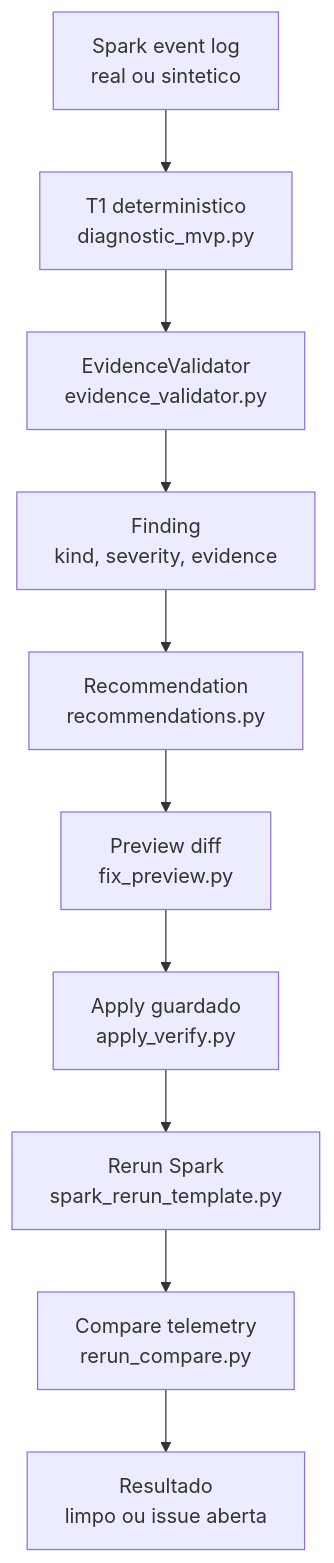
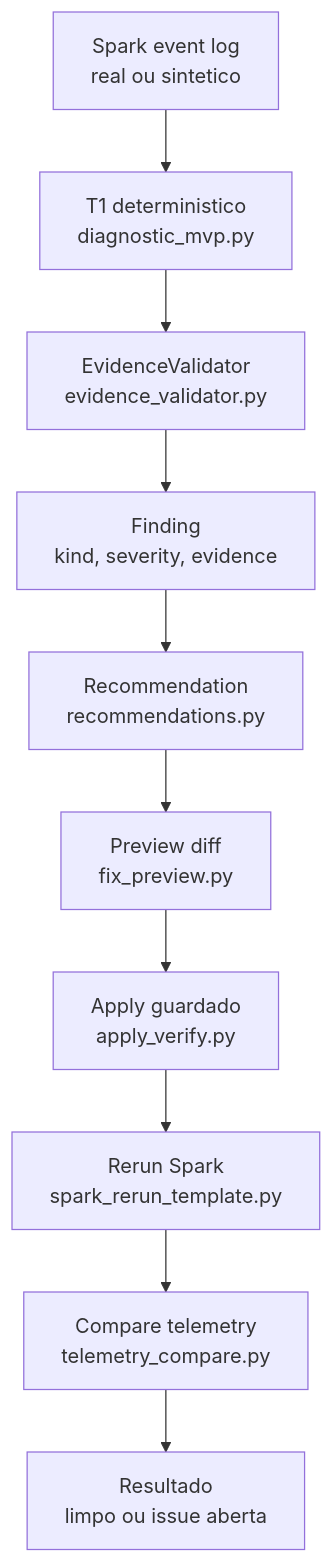
Before and after one commit to luanmorenommaciel/apex: the diagram in README.md, drawn with Mermaid. The commit also changed other lines of this file and 2 other files, not shown here.

````diff
--- a/README.md
+++ b/README.md
@@ -78,12 +79,12 @@
 ```mermaid
 flowchart TD
     LOG["Spark event log<br/>real ou sintetico"] --> T1["T1 deterministico<br/>diagnostic_mvp.py"]
     T1 --> VAL["EvidenceValidator<br/>evidence_validator.py"]
     VAL --> FIND["Finding<br/>kind, severity, evidence"]
     FIND --> REC["Recommendation<br/>recommendations.py"]
     REC --> PREV["Preview diff<br/>fix_preview.py"]
     PREV --> APPLY["Apply guardado<br/>apply_verify.py"]
     APPLY --> RERUN["Rerun Spark<br/>spark_rerun_template.py"]
-    RERUN --> CMP["Compare telemetry<br/>rerun_compare.py"]
+    RERUN --> CMP["Compare telemetry<br/>telemetry_compare.py"]
     CMP --> OUT["Resultado<br/>limpo ou issue aberta"]
 ```
````
